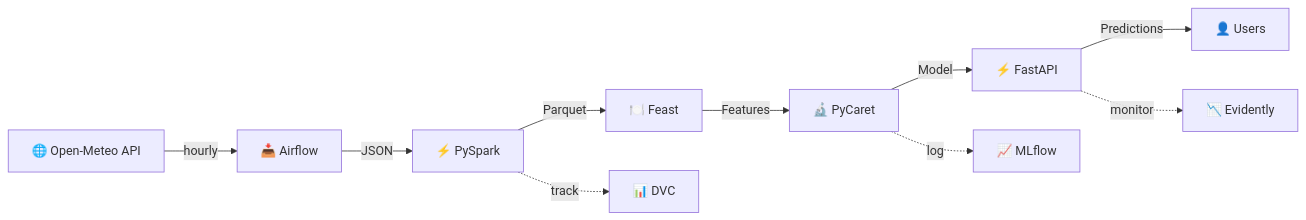
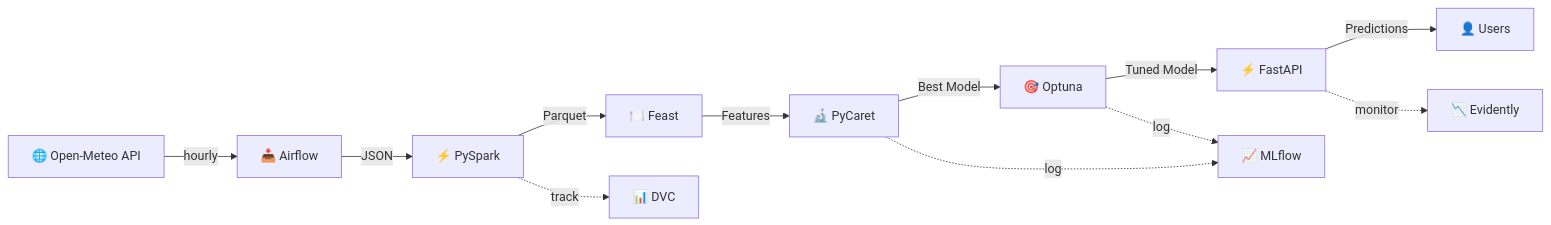
The second of 4 diagrams in docs/architecture.md (plijtmaer/air-quality-mlops), drawn with Mermaid before and after one commit. The commit also changed other lines of this file and 1 other file, not shown here.

Commit message:
docs: Update architecture diagram and README
- Fix training flow: model exported from Optuna, not PyCaret
- Update stack table: Terraform, Kind, GitHub Actions now
- Add infrastructure/ and docs/ to project structure
- Add .github/workflows/ to project structure
- Add detailed training flow explanation

````diff
--- a/docs/architecture.md
+++ b/docs/architecture.md
@@ -127,13 +128,15 @@
 ```mermaid
 flowchart LR
     A[🌐 Open-Meteo API] -->|hourly| B[📥 Airflow]
     B -->|JSON| C[⚡ PySpark]
     C -->|Parquet| D[🍽️ Feast]
     D -->|Features| E[🔬 PyCaret]
-    E -->|Model| F[⚡ FastAPI]
-    F -->|Predictions| G[👤 Users]
+    E -->|Best Model| F[🎯 Optuna]
+    F -->|Tuned Model| G[⚡ FastAPI]
+    G -->|Predictions| H[👤 Users]
     
-    C -.->|track| H[📊 DVC]
-    E -.->|log| I[📈 MLflow]
-    F -.->|monitor| J[📉 Evidently]
+    C -.->|track| I[📊 DVC]
+    E -.->|log| J[📈 MLflow]
+    F -.->|log| J
+    G -.->|monitor| K[📉 Evidently]
 ```
````
